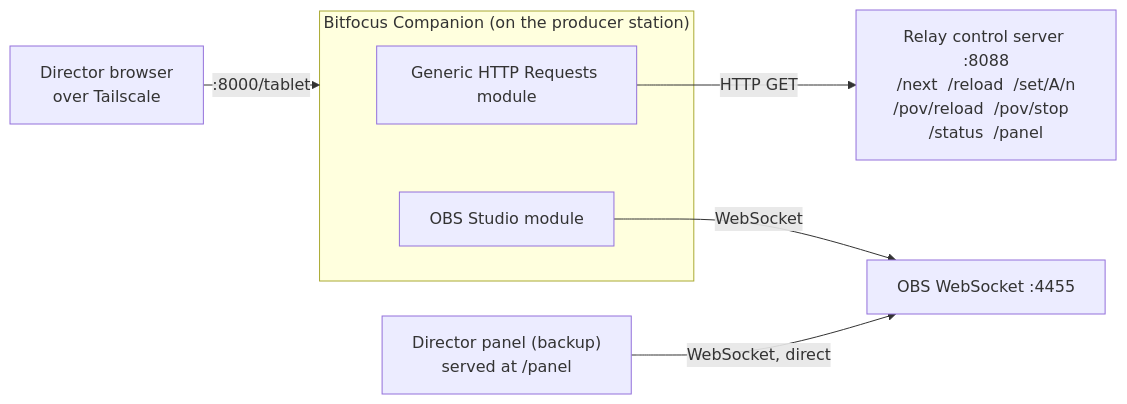
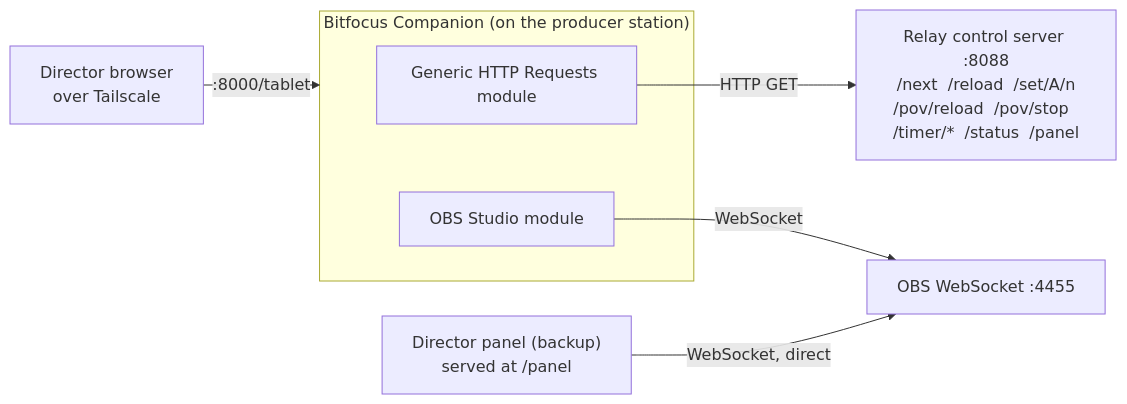
Before and after one commit to jegr78/gt-endurance-racing-broadcast: the third of 4 diagrams in src/docs/wiki/Architecture.md, drawn with Mermaid. The commit also changed other lines of this file and 25 other files, not shown here.

First line of the commit message:
feat(timer): relay-hosted race timer replaces stagetimer (director-controlled, handover-safe)

````diff
--- a/src/docs/wiki/Architecture.md
+++ b/src/docs/wiki/Architecture.md
@@ -130,13 +129,13 @@
 ```mermaid
 flowchart LR
   subgraph Companion["Bitfocus Companion (on the producer station)"]
     GH["Generic HTTP Requests module"]
     OM["OBS Studio module"]
   end
 
-  GH -->|"HTTP GET"| EP["Relay control server :8088<br/>/next  /reload  /set/A/n<br/>/pov/reload  /pov/stop  /status  /panel"]
+  GH -->|"HTTP GET"| EP["Relay control server :8088<br/>/next  /reload  /set/A/n<br/>/pov/reload  /pov/stop  /timer/*  /status  /panel"]
   OM -->|"WebSocket"| WS["OBS WebSocket :4455"]
   PANEL["Director panel (backup)<br/>served at /panel"] -->|"WebSocket, direct"| WS
 
   DIR["Director browser<br/>over Tailscale"] -->|":8000/tablet"| Companion
 ```
````
